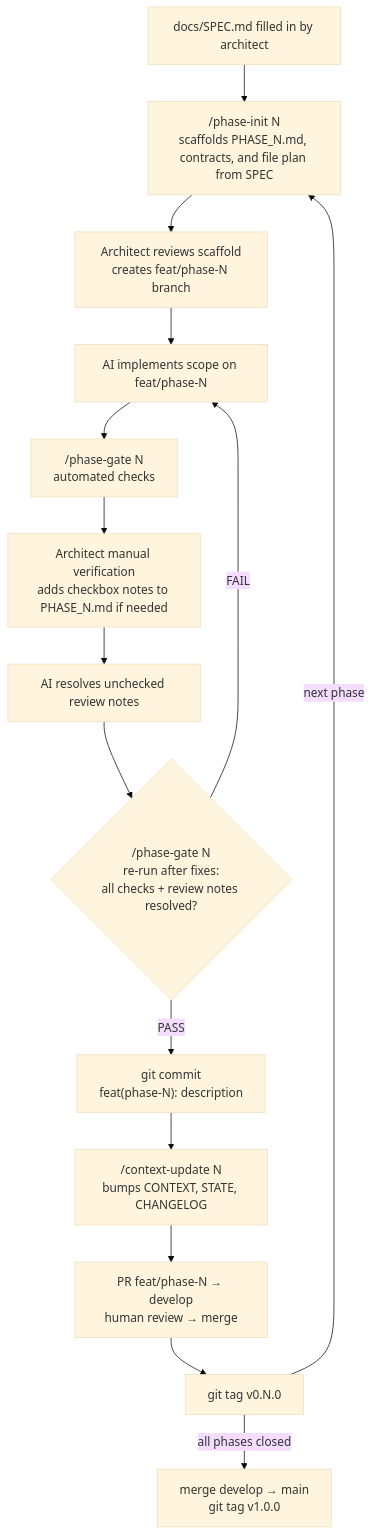
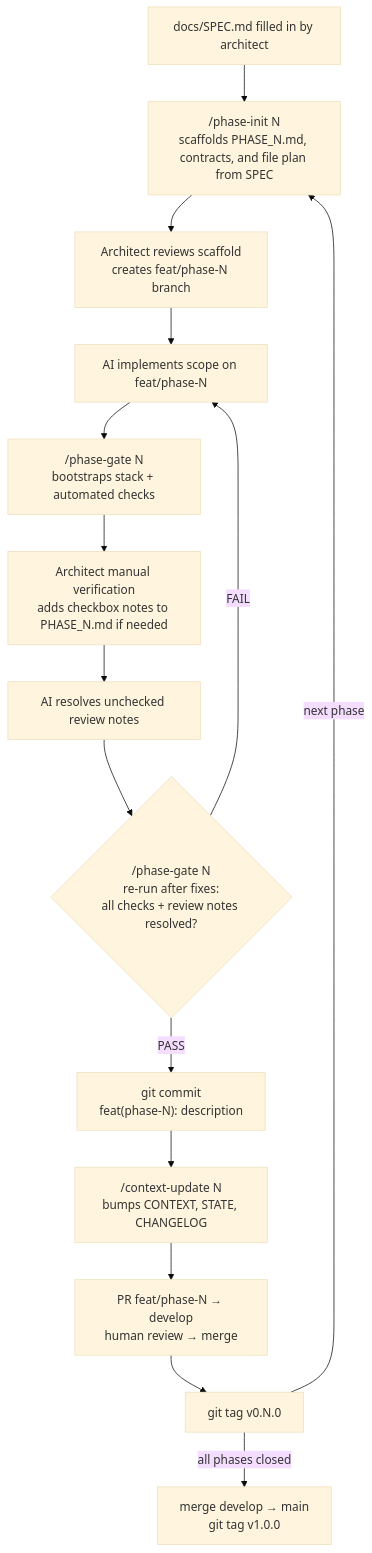
One commit to avatarsik6699/docassist changed the diagram in README.md. Above: the diagram before and after it, drawn with Mermaid (base theme). The commit also changed other lines of this file and 42 other files, not shown here.

````diff
--- a/README.md
+++ b/README.md
@@ -44,18 +44,18 @@
 ```mermaid
 flowchart TD
     Spec[docs/SPEC.md filled in by architect]
     Spec --> Init["/phase-init N<br/>scaffolds PHASE_N.md, contracts, and file plan from SPEC"]
     Init --> Fill[Architect reviews scaffold<br/>creates feat/phase-N branch]
     Fill --> Impl[AI implements scope on feat/phase-N]
-    Impl --> Gate["/phase-gate N<br/>automated checks"]
+    Impl --> Gate["/phase-gate N<br/>bootstraps stack + automated checks"]
     Gate --> Review[Architect manual verification<br/>adds checkbox notes to PHASE_N.md if needed]
     Review --> Fix[AI resolves unchecked review notes]
     Fix --> Ready{"/phase-gate N<br/>re-run after fixes:<br/>all checks + review notes resolved?"}
     Ready -- FAIL --> Impl
     Ready -- PASS --> Commit["git commit<br/>feat(phase-N): description"]
     Commit --> CtxUpdate["/context-update N<br/>bumps CONTEXT, STATE, CHANGELOG"]
     CtxUpdate --> PR[PR feat/phase-N → develop<br/>human review → merge]
     PR --> Tag["git tag v0.N.0"]
     Tag -- next phase --> Init
     Tag -- all phases closed --> Release[merge develop → main<br/>git tag v1.0.0]
 ```
````
